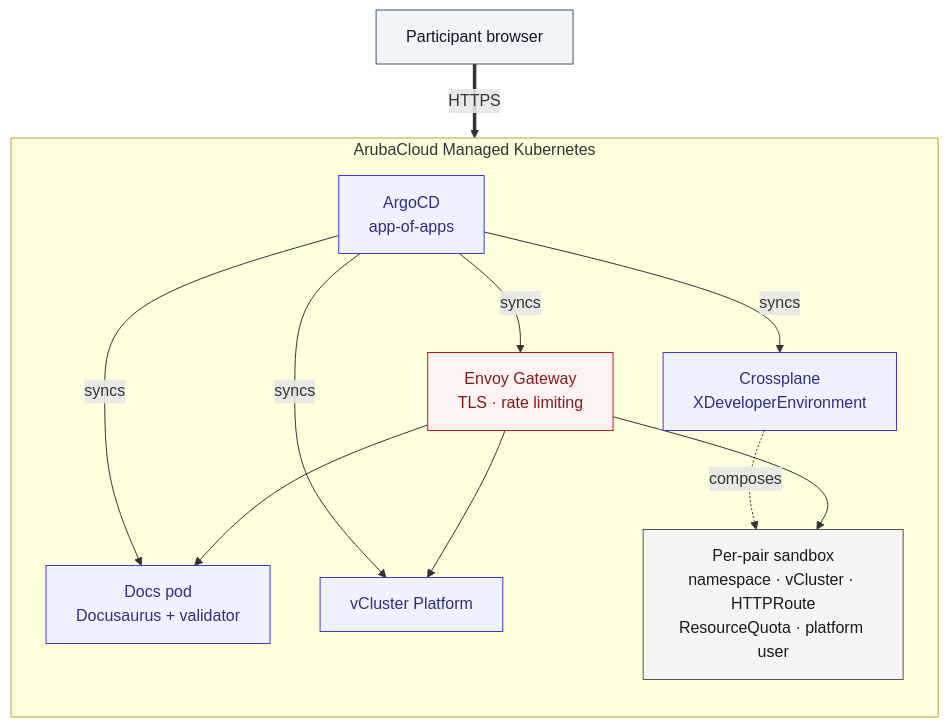
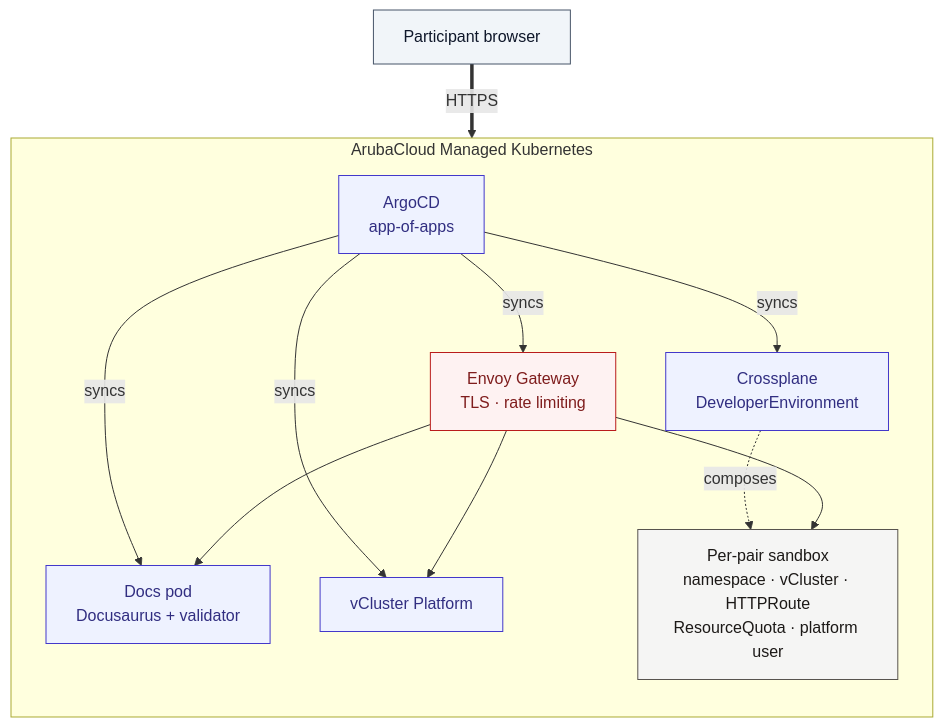
The diagram in README.md (ricCap/crossplane-workshop), drawn with Mermaid before and after one commit. The commit also changed other lines of this file and 16 other files, not shown here.

First line of the commit message:
chore(crossplane): rename XDeveloperEnvironment to DeveloperEnvironment

````diff
--- a/README.md
+++ b/README.md
@@ -9,30 +9,30 @@
 ```mermaid
 graph TB
     Participant["Participant browser"]:::user
 
     subgraph ArubaCloud["ArubaCloud Managed Kubernetes"]
         direction TB
         ArgoCD["ArgoCD<br/>app-of-apps"]:::ctrl
-        XDevEnv["Crossplane<br/>XDeveloperEnvironment"]:::ctrl
+        DevEnv["Crossplane<br/>DeveloperEnvironment"]:::ctrl
         Gateway["Envoy Gateway<br/>TLS · rate limiting"]:::edge
         Docs["Docs pod<br/>Docusaurus + validator"]:::ctrl
         Platform["vCluster Platform"]:::ctrl
         Pair["Per-pair sandbox<br/>namespace · vCluster · HTTPRoute<br/>ResourceQuota · platform user"]:::tenant
 
-        ArgoCD -->|syncs| XDevEnv
+        ArgoCD -->|syncs| DevEnv
         ArgoCD -->|syncs| Gateway
         ArgoCD -->|syncs| Docs
         ArgoCD -->|syncs| Platform
-        XDevEnv -.->|composes| Pair
+        DevEnv -.->|composes| Pair
         Gateway --> Docs
         Gateway --> Pair
         Gateway --> Platform
     end
 
     Participant ==>|HTTPS| Gateway
 
     classDef user fill:#f1f5f9,stroke:#475569,color:#0f172a
     classDef ctrl fill:#eef2ff,stroke:#4338ca,color:#312e81
     classDef edge fill:#fef2f2,stroke:#b91c1c,color:#7f1d1d
     classDef tenant fill:#f5f5f4,stroke:#57534e,color:#1c1917
 ```
````
